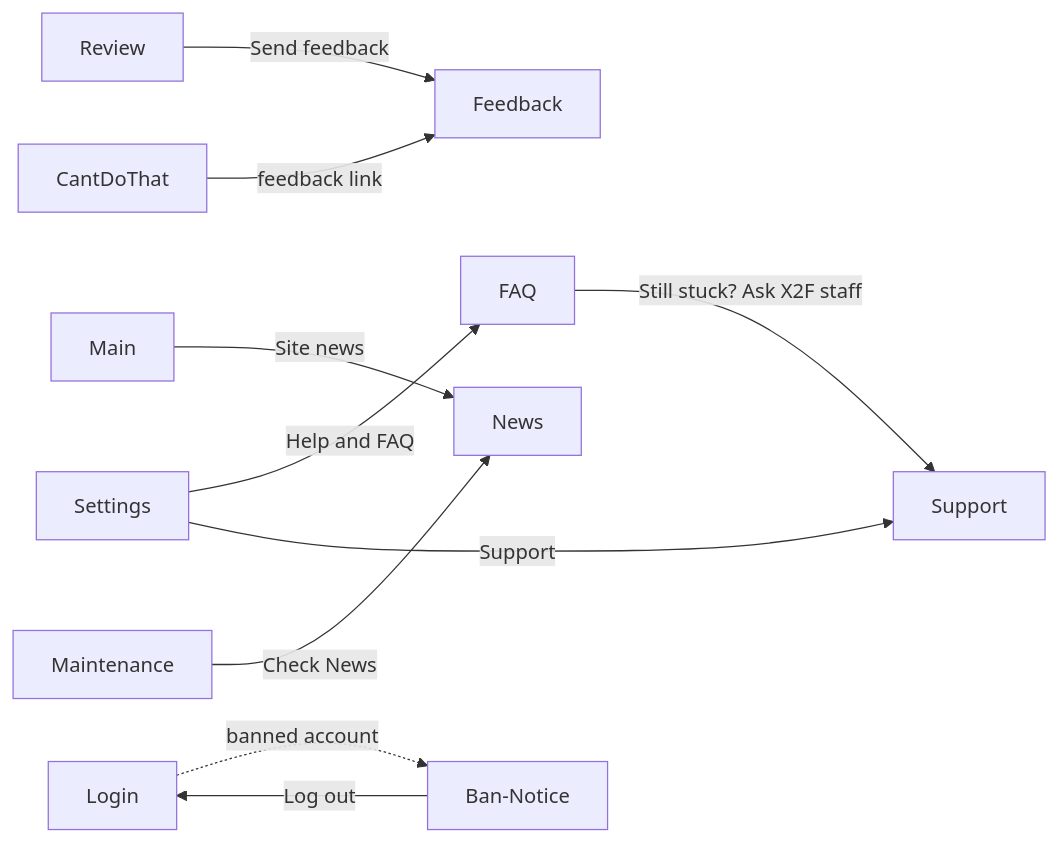
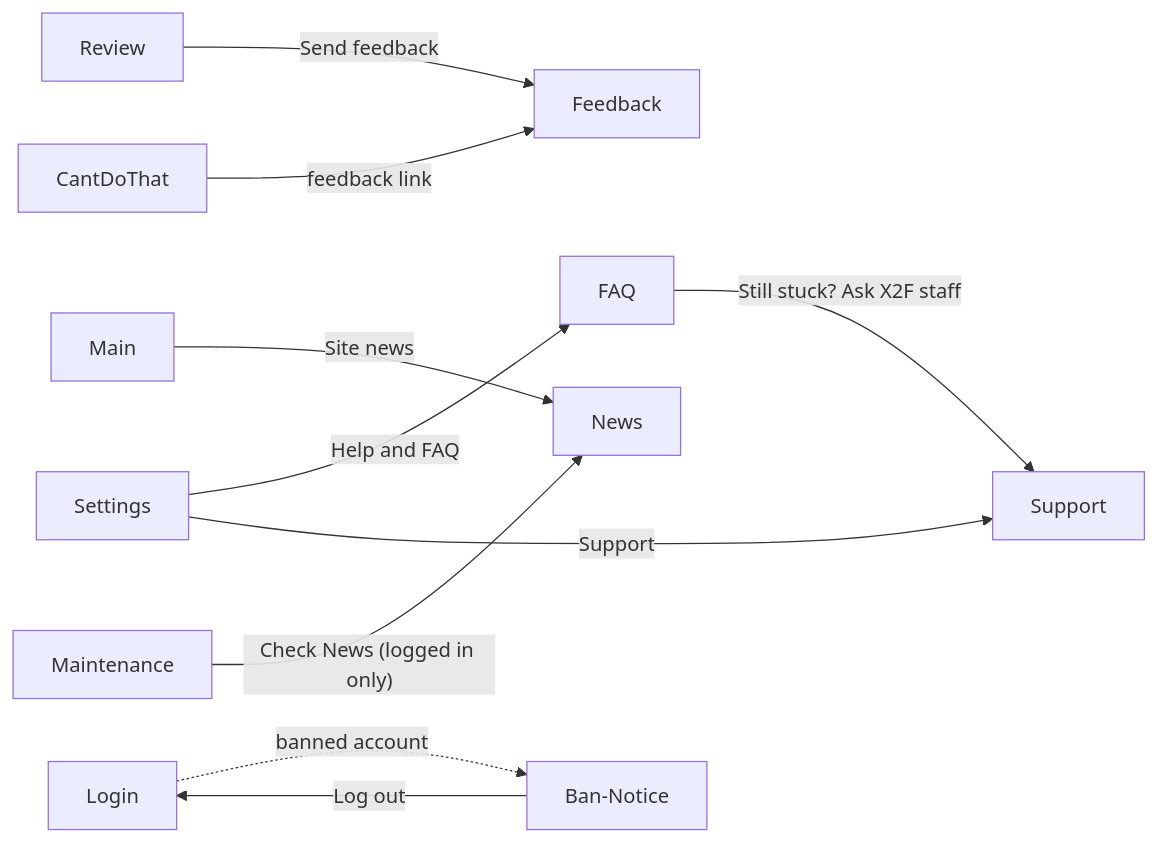
The sixth of 8 diagrams in docs/design-flow-map-2026-11-08.md (Bamove6969/X2F), drawn with Mermaid before and after one commit. The commit also changed other lines of this file and 10 other files, not shown here.

First line of the commit message:
READY: front door closed: logged-out invite page, agreement-first signup order, flow map; canvas v144

````diff
--- a/docs/design-flow-map-2026-11-08.md
+++ b/docs/design-flow-map-2026-11-08.md
@@ -416,12 +427,12 @@
 ```mermaid
 flowchart LR
   FAQ -->|"Still stuck? Ask X2F staff"| Support
   Settings -->|"Help and FAQ"| FAQ
   Settings -->|"Support"| Support
   Review -->|"Send feedback"| Feedback
   CantDoThat -->|"feedback link"| Feedback
   Main -->|"Site news"| News
-  Maintenance -->|"Check News"| News
+  Maintenance -->|"Check News (logged in only)"| News
   Login -.->|"banned account"| BanNotice["Ban-Notice"]
   BanNotice -->|"Log out"| Login
 ```
````
